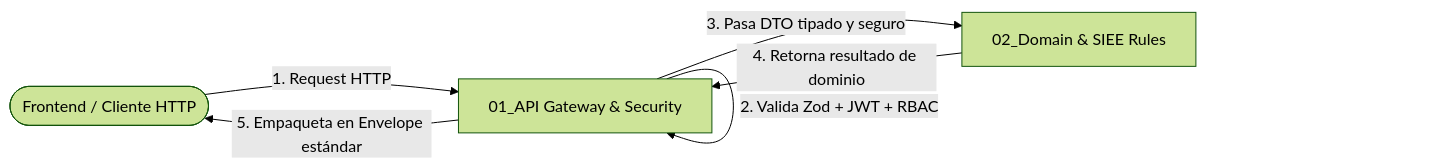
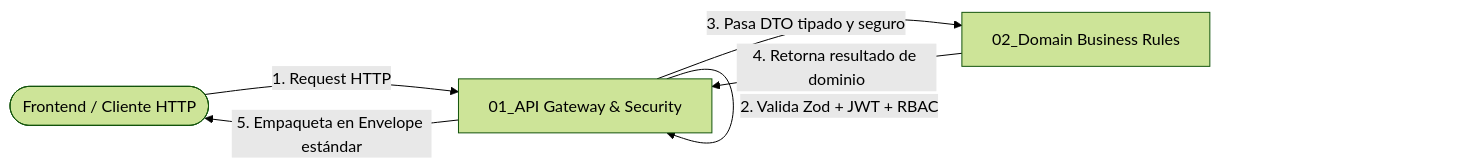
Before and after one commit to DanExl24/multiagent-sdlc-starter: the diagram in multiAgents/03_backend_engineer/subroles/01_api_gateway_security.md, drawn with Mermaid (forest theme). The commit also changed other lines of this file and 35 other files, not shown here.

````diff
--- a/multiAgents/03_backend_engineer/subroles/01_api_gateway_security.md
+++ b/multiAgents/03_backend_engineer/subroles/01_api_gateway_security.md
@@ -30,8 +30,8 @@
 ```mermaid
 graph LR
     Client([Frontend / Cliente HTTP]) -->|1. Request HTTP| G[01_API Gateway & Security]
     G -->|2. Valida Zod + JWT + RBAC| G
-    G -->|3. Pasa DTO tipado y seguro| D[02_Domain & SIEE Rules]
+    G -->|3. Pasa DTO tipado y seguro| D[02_Domain Business Rules]
     D -->|4. Retorna resultado de dominio| G
     G -->|5. Empaqueta en Envelope estándar| Client
 ```
````
